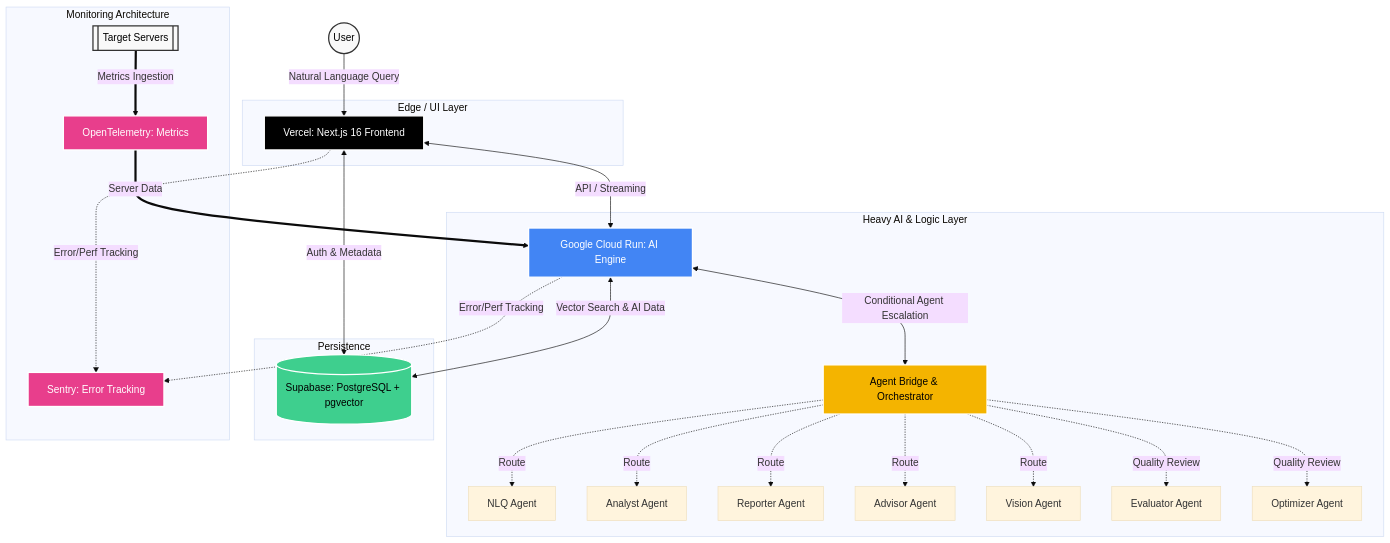
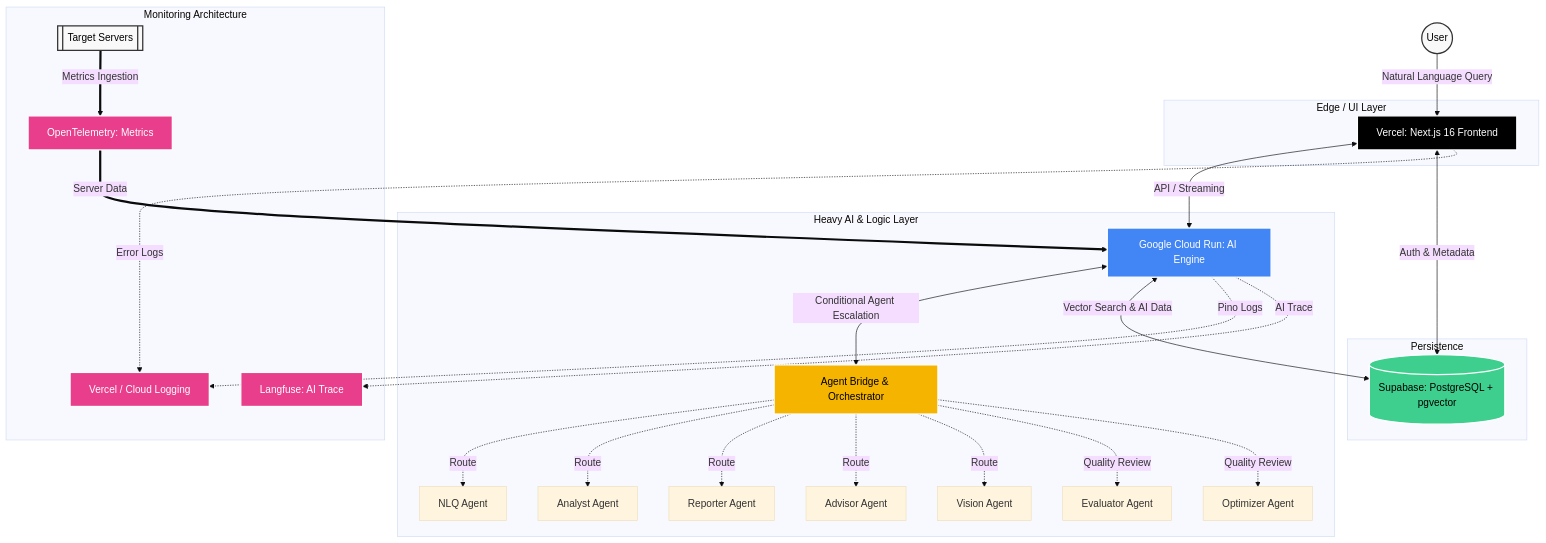
The second of 2 diagrams in README.md (skyasu2/openmanager-ai), drawn with Mermaid (base theme) before and after one commit. The commit also changed other lines of this file and 35 other files, not shown here.

````diff
--- a/README.md
+++ b/README.md
@@ -133,52 +133,53 @@
 ```mermaid
 graph TD
     %% 스타일 정의
     classDef client fill:#f9f9f9,stroke:#333,stroke-width:2px,color:#000
     classDef frontend fill:#000,stroke:#fff,stroke-width:2px,color:#fff
     classDef backend fill:#4285F4,stroke:#fff,stroke-width:2px,color:#fff
     classDef database fill:#3ECF8E,stroke:#fff,stroke-width:2px,color:#000
     classDef agents fill:#F4B400,stroke:#fff,stroke-width:2px,color:#000
     classDef monitoring fill:#e83e8c,stroke:#fff,stroke-width:2px,color:#fff
 
     User((User)):::client -->|Natural Language Query| Vercel
 
     subgraph Frontend [Edge / UI Layer]
         Vercel[Vercel: Next.js 16 Frontend]:::frontend
     end
 
     subgraph Backend [Heavy AI & Logic Layer]
         CR[Google Cloud Run: AI Engine]:::backend
         AB[Agent Bridge & Orchestrator]:::agents
         
         Vercel <-->|"API / Streaming"| CR
         CR <-->|Conditional Agent Escalation| AB
 
         AB -.->|Route| AgentNLQ["NLQ Agent"]
         AB -.->|Route| AgentAnalyst["Analyst Agent"]
         AB -.->|Route| AgentReporter["Reporter Agent"]
         AB -.->|Route| AgentAdvisor["Advisor Agent"]
         AB -.->|Route| AgentVision["Vision Agent"]
         AB -.->|Quality Review| AgentEvaluator["Evaluator Agent"]
         AB -.->|Quality Review| AgentOptimizer["Optimizer Agent"]
     end
 
     subgraph Data Layer [Persistence]
         Supabase[("Supabase: PostgreSQL + pgvector")]:::database
         Vercel <-->|Auth & Metadata| Supabase
         CR <-->|Vector Search & AI Data| Supabase
     end
 
     subgraph Observability [Monitoring Architecture]
-        Sentry["Sentry: Error Tracking"]:::monitoring
+        Langfuse["Langfuse: AI Trace"]:::monitoring
+        Logs["Vercel / Cloud Logging"]:::monitoring
         OTel["OpenTelemetry: Metrics"]:::monitoring
         TargetServers[["Target Servers"]]:::client
 
-        %% Sentry는 시스템 자체를 모니터링
-        Vercel -.->|Error/Perf Tracking| Sentry
-        CR -.->|Error/Perf Tracking| Sentry
+        Vercel -.->|Error Logs| Logs
+        CR -.->|Pino Logs| Logs
+        CR -.->|AI Trace| Langfuse
 
         %% OTel은 프로덕트의 핵심 수집기
         TargetServers ==>|Metrics Ingestion| OTel
         OTel ==>|Server Data| CR
     end
 ```
````
